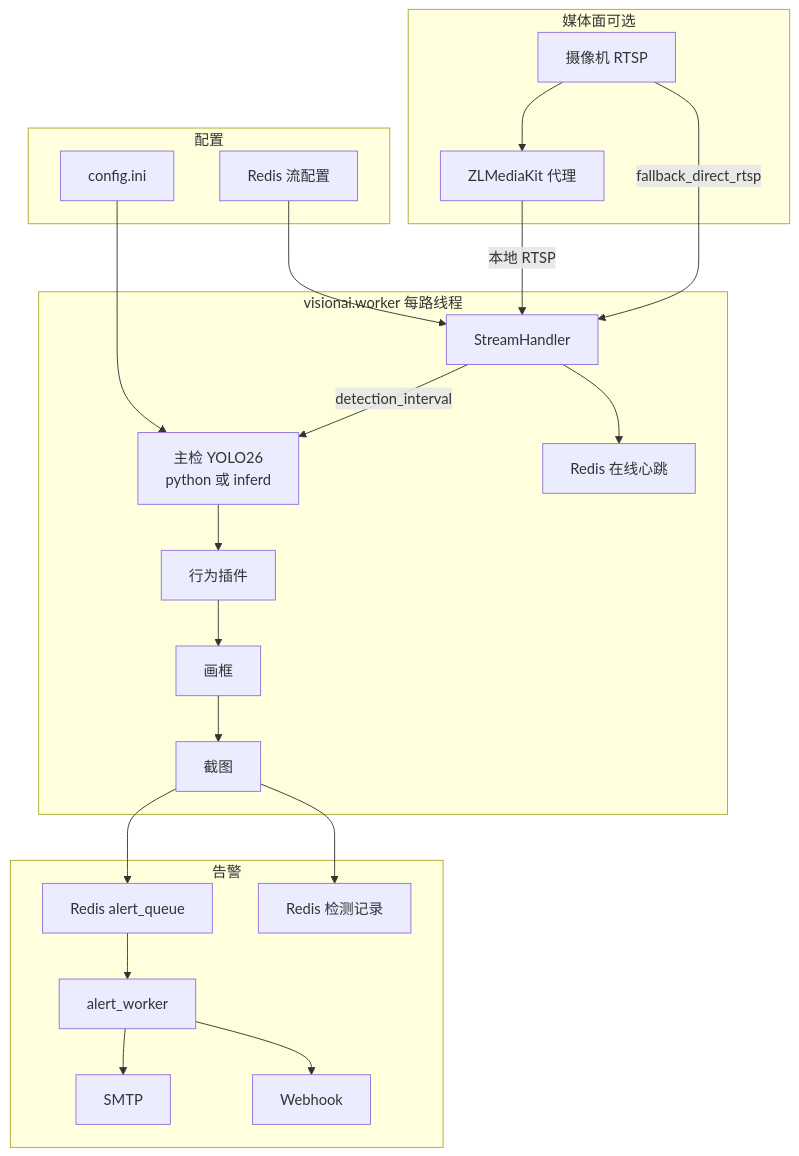
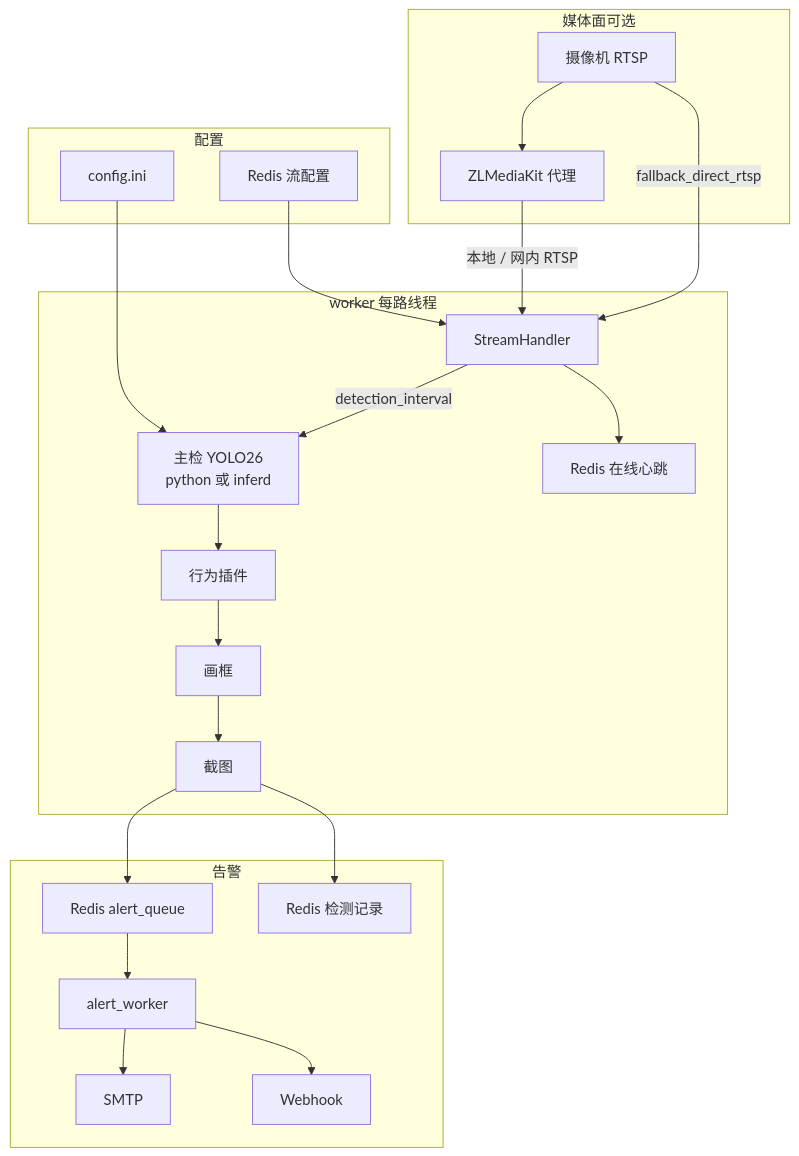
The third of 5 diagrams in docs/architecture.md (jiaxu-wang/JXVisionAI), drawn with Mermaid before and after one commit. The commit also changed other lines of this file and 72 other files, not shown here.

````diff
--- a/docs/architecture.md
+++ b/docs/architecture.md
@@ -123,38 +173,38 @@
 ```mermaid
 flowchart TB
   subgraph config [配置]
     Redis_cfg[Redis 流配置]
     Ini[config.ini]
   end
   subgraph media [媒体面可选]
     ZLM[ZLMediaKit 代理]
     Cam[摄像机 RTSP]
   end
-  subgraph worker [visionai.worker 每路线程]
+  subgraph worker [worker 每路线程]
     SH[StreamHandler]
     Det[主检 YOLO26<br/>python 或 inferd]
     Beh[行为插件]
     Draw[画框]
     Snap[截图]
     Status[Redis 在线心跳]
   end
   subgraph alert [告警]
     Q[Redis alert_queue]
     AW[alert_worker]
     Rec[Redis 检测记录]
     Mail[SMTP]
     Hook[Webhook]
   end
   Redis_cfg --> SH
   Ini --> Det
   Cam --> ZLM
-  ZLM -->|本地 RTSP| SH
+  ZLM -->|本地 / 网内 RTSP| SH
   Cam -->|fallback_direct_rtsp| SH
   SH -->|detection_interval| Det
   Det --> Beh --> Draw --> Snap
   Snap --> Rec
   Snap --> Q --> AW
   AW --> Mail
   AW --> Hook
   SH --> Status
 ```
````
